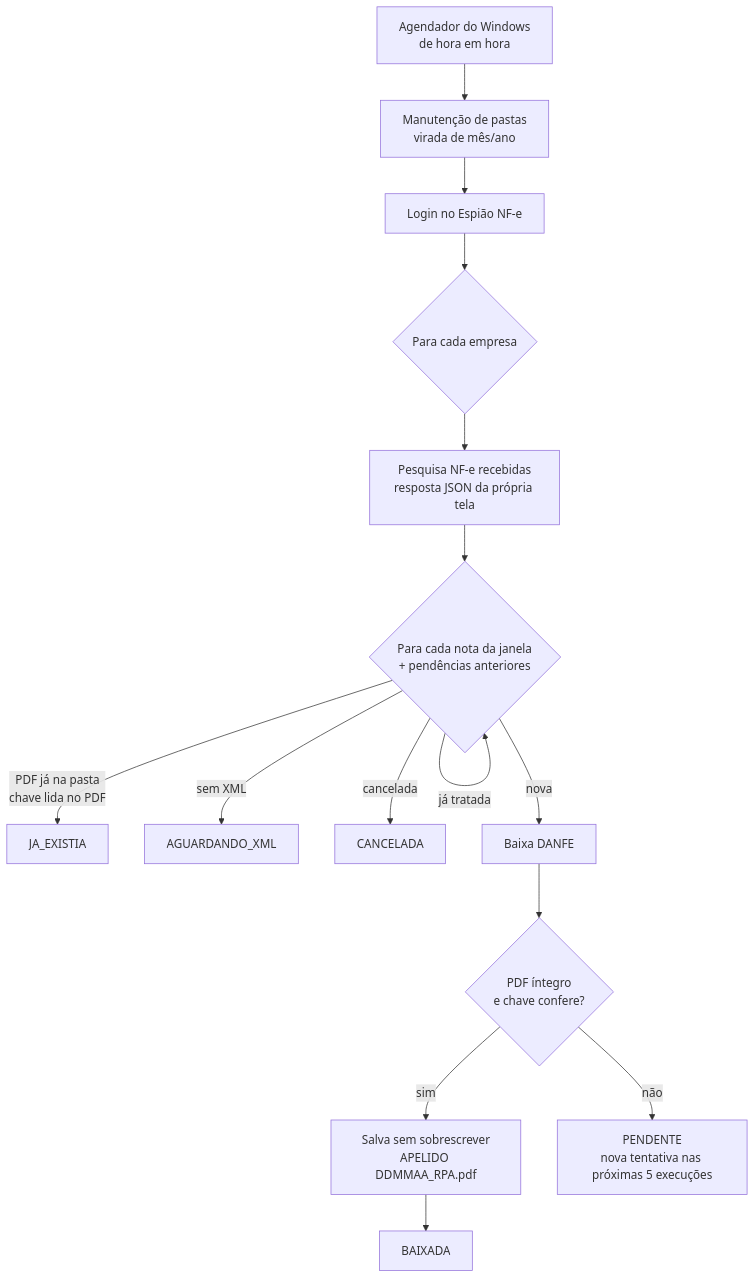
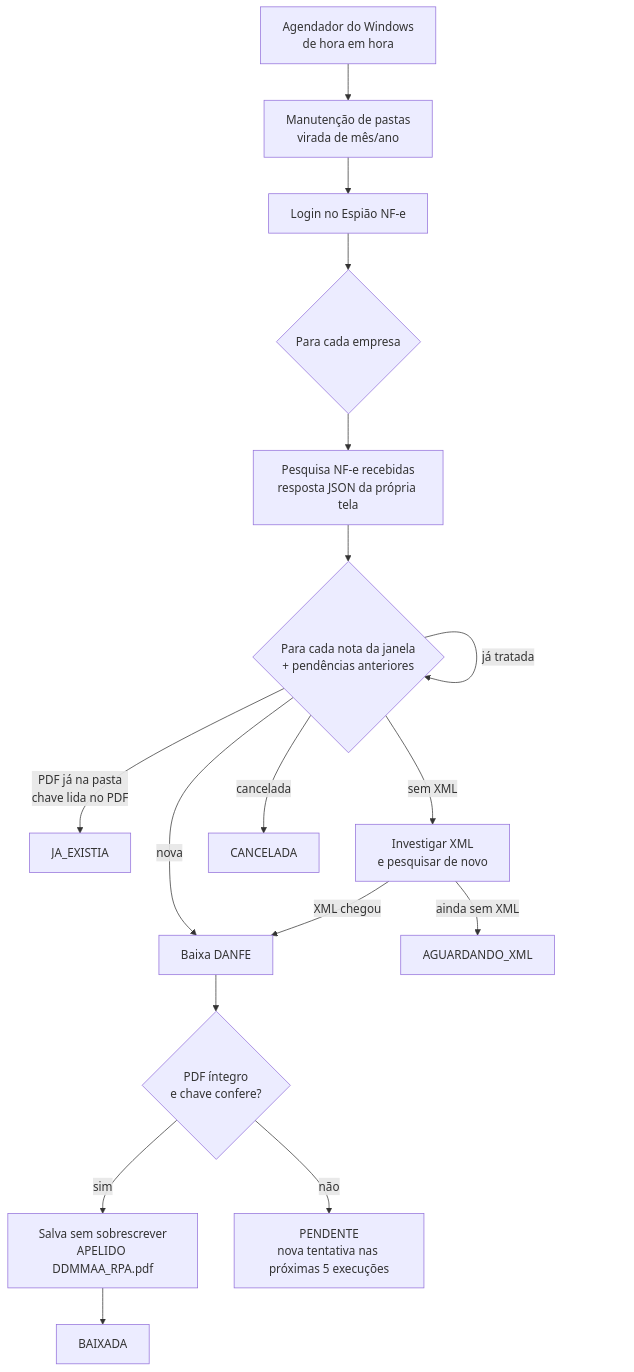
Before and after one commit to cesaraaugustoo/rpa-nf-espiao: the diagram in README.md, drawn with Mermaid. The commit also changed other lines of this file and 10 other files, not shown here.

````diff
--- a/README.md
+++ b/README.md
@@ -63,15 +66,16 @@
 ```mermaid
 flowchart TD
     A[Agendador do Windows<br/>de hora em hora] --> B[Manutenção de pastas<br/>virada de mês/ano]
     B --> C[Login no Espião NF-e]
     C --> D{Para cada empresa}
     D --> E[Pesquisa NF-e recebidas<br/>resposta JSON da própria tela]
     E --> F{Para cada nota da janela<br/>+ pendências anteriores}
     F -->|já tratada| F
     F -->|PDF já na pasta<br/>chave lida no PDF| G[JA_EXISTIA]
-    F -->|sem XML| H[AGUARDANDO_XML]
+    F -->|sem XML| H[Investigar XML<br/>e pesquisar de novo] -->|XML chegou| J
+    H -->|ainda sem XML| H2[AGUARDANDO_XML]
     F -->|cancelada| I[CANCELADA]
     F -->|nova| J[Baixa DANFE] --> K{PDF íntegro<br/>e chave confere?}
     K -->|sim| L[Salva sem sobrescrever<br/>APELIDO DDMMAA_RPA.pdf] --> M[BAIXADA]
     K -->|não| N[PENDENTE<br/>nova tentativa nas próximas 5 execuções]
 ```
````
